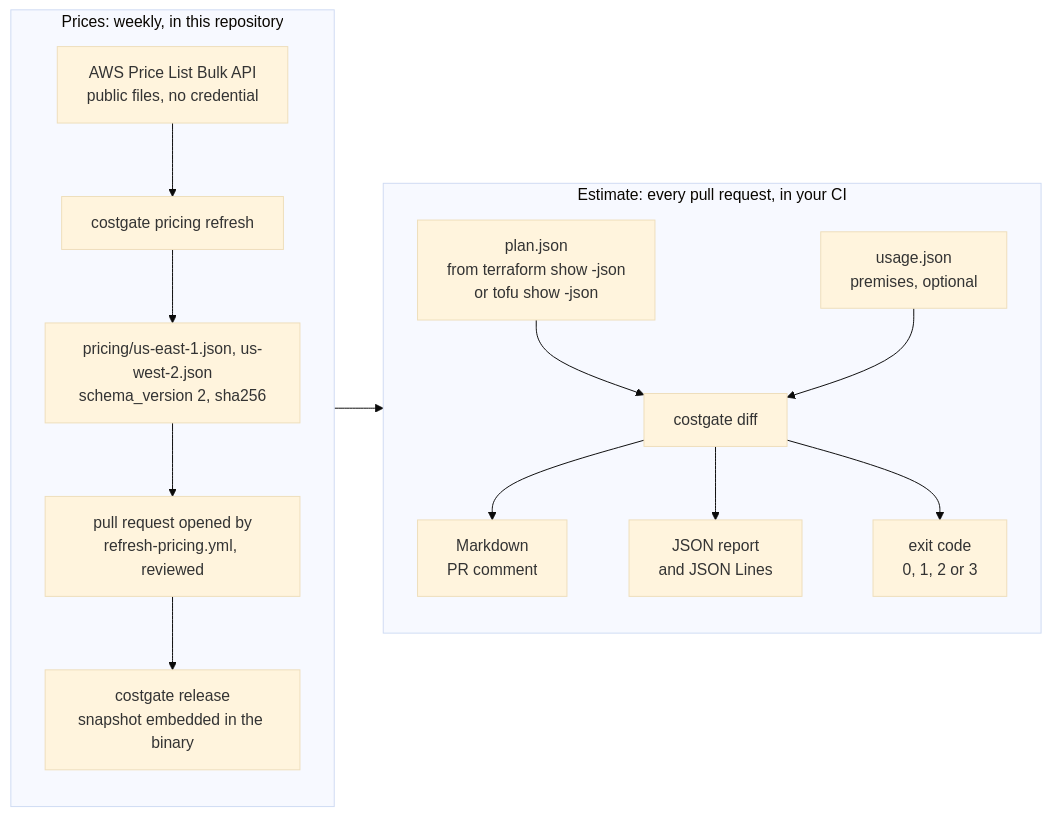
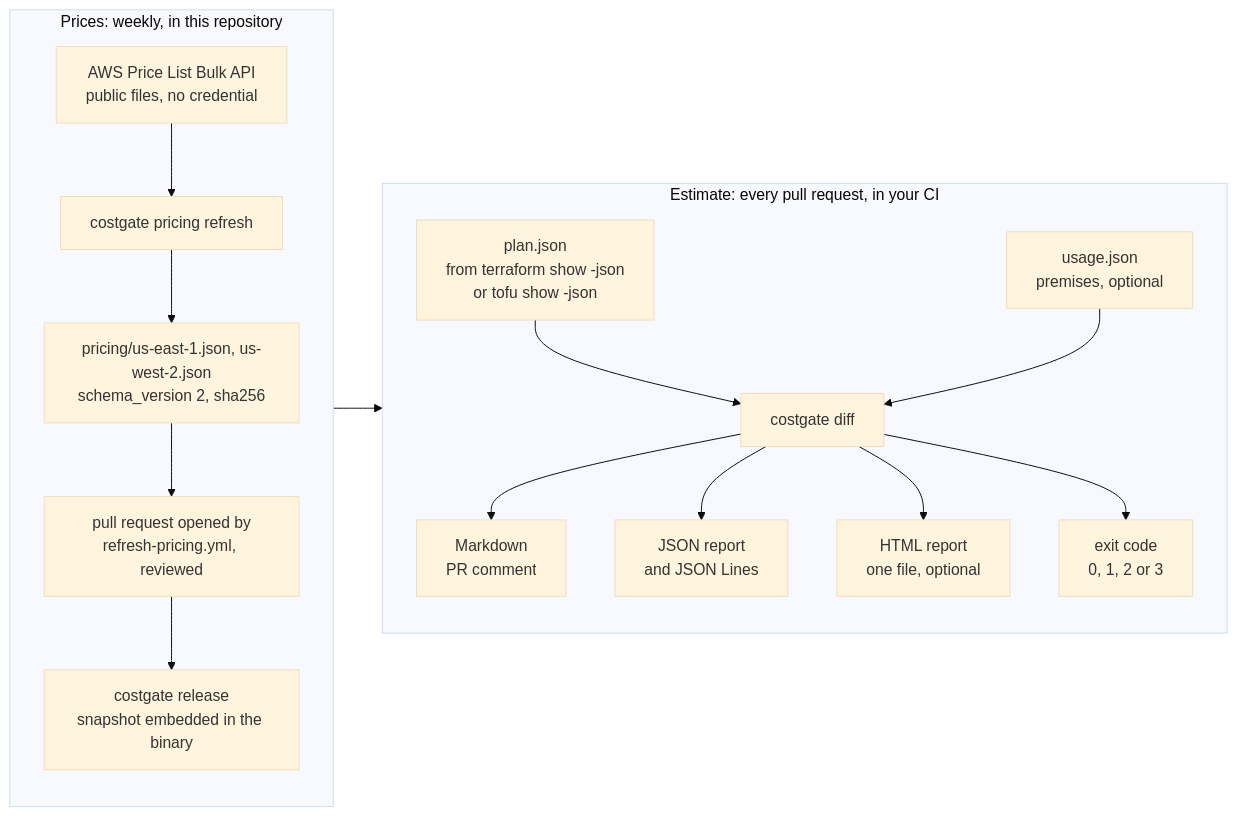
One commit to leosavio/costgate changed the first of 5 diagrams in docs/how-it-works.md. Above: the diagram before and after it, drawn with Mermaid (base theme). The commit also changed other lines of this file and 29 other files, not shown here.

Commit message:
feat(report): --html-out writes a self-contained HTML report (#9)

````diff
--- a/docs/how-it-works.md
+++ b/docs/how-it-works.md
@@ -16,19 +16,20 @@
 ```mermaid
 flowchart LR
   subgraph prices["Prices: weekly, in this repository"]
     direction TB
     api["AWS Price List Bulk API<br/>public files, no credential"] --> refresh["costgate pricing refresh"]
     refresh --> snap["pricing/us-east-1.json, us-west-2.json<br/>schema_version 2, sha256"]
     snap --> pr["pull request opened by<br/>refresh-pricing.yml, reviewed"]
     pr --> bin["costgate release<br/>snapshot embedded in the binary"]
   end
   subgraph estimate["Estimate: every pull request, in your CI"]
     direction TB
     plan["plan.json<br/>from terraform show -json<br/>or tofu show -json"] --> diff["costgate diff"]
     usage["usage.json<br/>premises, optional"] --> diff
     diff --> md["Markdown<br/>PR comment"]
     diff --> js["JSON report<br/>and JSON Lines"]
+    diff --> html["HTML report<br/>one file, optional"]
     diff --> code["exit code<br/>0, 1, 2 or 3"]
   end
   bin --> diff
 ```
````
